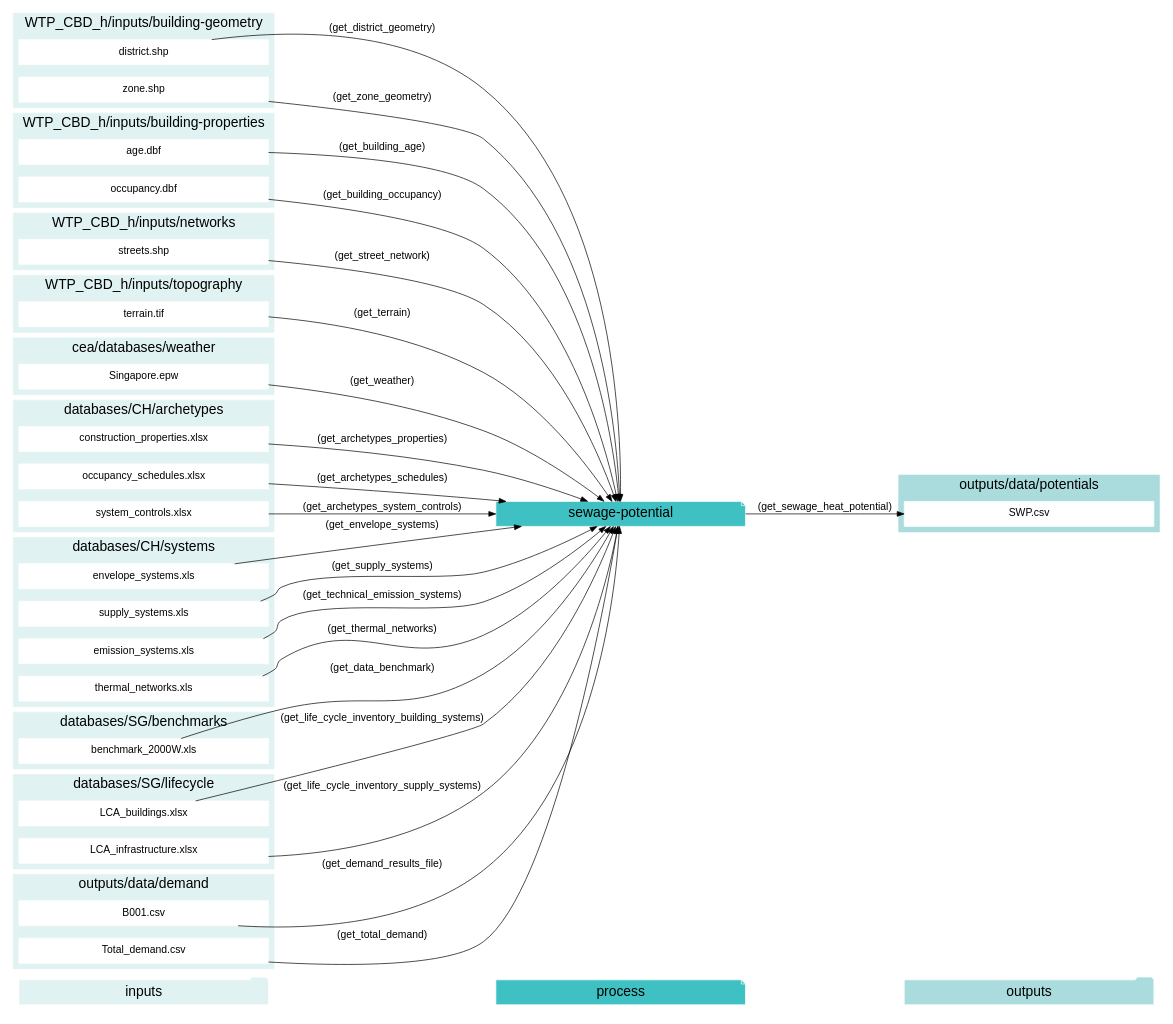
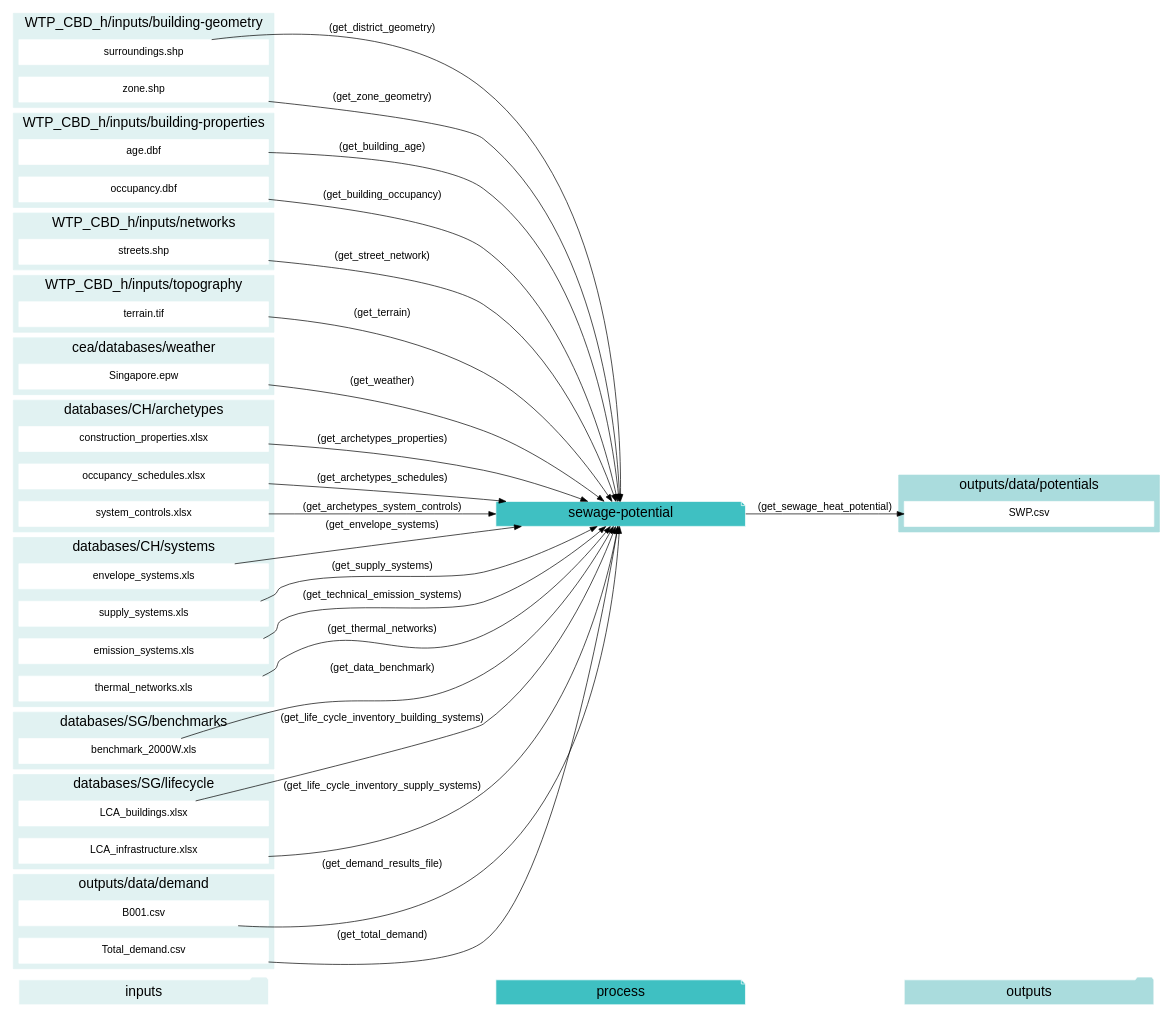
Before and after one commit to architecture-building-systems/CityEnergyAnalyst: the diagram in docs/graphviz/sewage-potential.gv, drawn with Graphviz. The commit also changed 41 other files, not shown here.

Commit message:
renaming district to surroundings

```diff
--- a/docs/graphviz/sewage-potential.gv
+++ b/docs/graphviz/sewage-potential.gv
@@ -1,134 +1,134 @@
 digraph trace_inputlocator {
     rankdir="LR";
     graph [overlap=false, fontname=arial];
     node [shape=box, style=filled, color=white, fontsize=15, fontname=arial, fixedsize=true, width=5];
     edge [fontname=arial, fontsize = 15]
     newrank=true
     subgraph cluster_legend {
     fontsize=25
     style=invis
     "process"[style=filled, fillcolor="#3FC0C2", shape=note, fontsize=20, fontname="arial"]
     "inputs" [style=filled, shape=folder, color=white, fillcolor="#E1F2F2", fontsize=20]
     "outputs"[style=filled, shape=folder, color=white, fillcolor="#aadcdd", fontsize=20]
     "inputs"->"process"[style=invis]
     "process"->"outputs"[style=invis]
     }
     "sewage-potential"[style=filled, color=white, fillcolor="#3FC0C2", shape=note, fontsize=20, fontname=arial];
     subgraph cluster_0_in {
         style = filled;
         color = "#E1F2F2";
         fontsize = 20;
         rank=same;
         label="WTP_CBD_h/inputs/building-geometry";
-        "district.shp"
+        "surroundings.shp"
         "zone.shp"
     }
     subgraph cluster_1_in {
         style = filled;
         color = "#E1F2F2";
         fontsize = 20;
         rank=same;
         label="WTP_CBD_h/inputs/building-properties";
         "age.dbf"
         "occupancy.dbf"
     }
     subgraph cluster_2_in {
         style = filled;
         color = "#E1F2F2";
         fontsize = 20;
         rank=same;
         label="WTP_CBD_h/inputs/networks";
         "streets.shp"
     }
     subgraph cluster_3_in {
         style = filled;
         color = "#E1F2F2";
         fontsize = 20;
         rank=same;
         label="WTP_CBD_h/inputs/topography";
         "terrain.tif"
     }
     subgraph cluster_4_in {
         style = filled;
         color = "#E1F2F2";
         fontsize = 20;
         rank=same;
         label="cea/databases/weather";
         "Singapore.epw"
     }
     subgraph cluster_5_in {
         style = filled;
         color = "#E1F2F2";
         fontsize = 20;
         rank=same;
         label="databases/CH/archetypes";
         "construction_properties.xlsx"
         "occupancy_schedules.xlsx"
         "system_controls.xlsx"
     }
     subgraph cluster_6_in {
         style = filled;
         color = "#E1F2F2";
         fontsize = 20;
         rank=same;
         label="databases/CH/systems";
         "envelope_systems.xls"
         "supply_systems.xls"
         "emission_systems.xls"
         "thermal_networks.xls"
     }
     subgraph cluster_7_in {
         style = filled;
         color = "#E1F2F2";
         fontsize = 20;
         rank=same;
         label="databases/SG/benchmarks";
         "benchmark_2000W.xls"
     }
     subgraph cluster_8_in {
         style = filled;
         color = "#E1F2F2";
         fontsize = 20;
         rank=same;
         label="databases/SG/lifecycle";
         "LCA_buildings.xlsx"
         "LCA_infrastructure.xlsx"
     }
     subgraph cluster_9_in {
         style = filled;
         color = "#E1F2F2";
         fontsize = 20;
         rank=same;
         label="outputs/data/demand";
         "B001.csv"
         "Total_demand.csv"
     }
     subgraph cluster_10_out {
         style = filled;
         color = "#aadcdd";
         fontsize = 20;
         rank=same;
         label="outputs/data/potentials";
         "SWP.csv"
     }
     "construction_properties.xlsx" -> "sewage-potential"[label="(get_archetypes_properties)"]
     "occupancy_schedules.xlsx" -> "sewage-potential"[label="(get_archetypes_schedules)"]
     "system_controls.xlsx" -> "sewage-potential"[label="(get_archetypes_system_controls)"]
     "age.dbf" -> "sewage-potential"[label="(get_building_age)"]
     "occupancy.dbf" -> "sewage-potential"[label="(get_building_occupancy)"]
     "benchmark_2000W.xls" -> "sewage-potential"[label="(get_data_benchmark)"]
     "B001.csv" -> "sewage-potential"[label="(get_demand_results_file)"]
-    "district.shp" -> "sewage-potential"[label="(get_district_geometry)"]
+    "surroundings.shp" -> "sewage-potential"[label="(get_district_geometry)"]
     "envelope_systems.xls" -> "sewage-potential"[label="(get_envelope_systems)"]
     "LCA_buildings.xlsx" -> "sewage-potential"[label="(get_life_cycle_inventory_building_systems)"]
     "LCA_infrastructure.xlsx" -> "sewage-potential"[label="(get_life_cycle_inventory_supply_systems)"]
     "streets.shp" -> "sewage-potential"[label="(get_street_network)"]
     "supply_systems.xls" -> "sewage-potential"[label="(get_supply_systems)"]
     "emission_systems.xls" -> "sewage-potential"[label="(get_technical_emission_systems)"]
     "terrain.tif" -> "sewage-potential"[label="(get_terrain)"]
     "thermal_networks.xls" -> "sewage-potential"[label="(get_thermal_networks)"]
     "Total_demand.csv" -> "sewage-potential"[label="(get_total_demand)"]
     "Singapore.epw" -> "sewage-potential"[label="(get_weather)"]
     "zone.shp" -> "sewage-potential"[label="(get_zone_geometry)"]
     "sewage-potential" -> "SWP.csv"[label="(get_sewage_heat_potential)"]
     }
```
